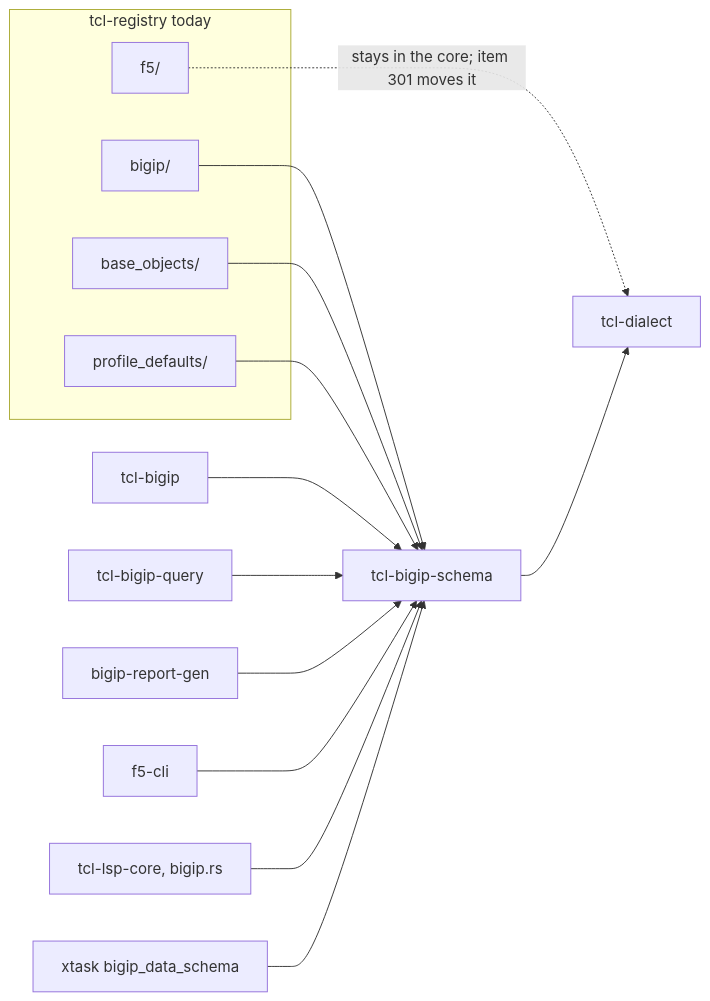
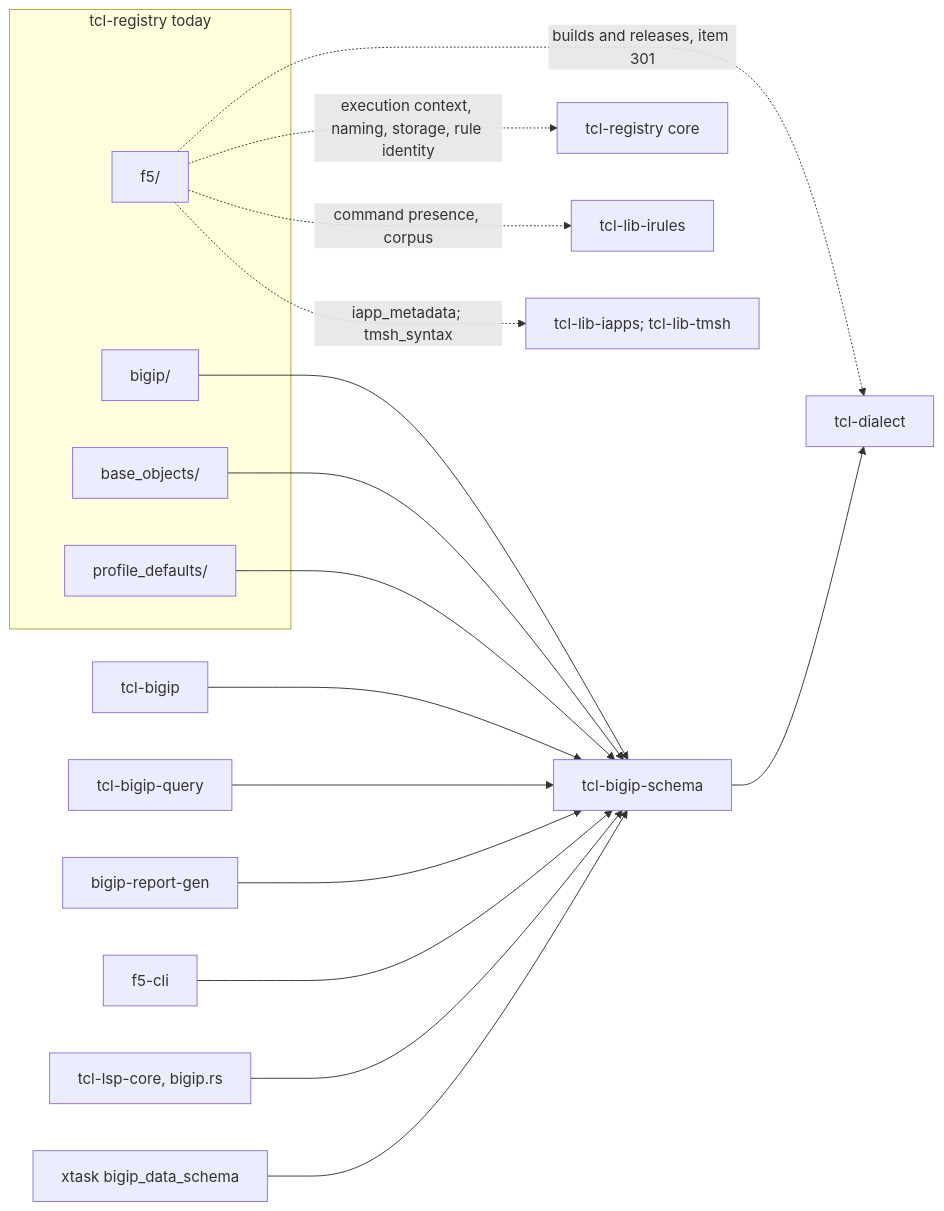
The first of 2 diagrams in docs/design/registry/registry-split/118-bigip-schema.md (bitwisecook/tcl-lsp), drawn with Mermaid before and after one commit. The commit also changed other lines of this file and 15 other files, not shown here.

````diff
--- a/docs/design/registry/registry-split/118-bigip-schema.md
+++ b/docs/design/registry/registry-split/118-bigip-schema.md
@@ -101,20 +103,23 @@
 ```mermaid
 flowchart LR
   subgraph registry["tcl-registry today"]
     bigip["bigip/"]
     base["base_objects/"]
     defaults["profile_defaults/"]
     f5["f5/"]
   end
   bigip --> schema["tcl-bigip-schema"]
   base --> schema
   defaults --> schema
-  f5 -. "stays in the core; item 301 moves it" .-> tclDialect["tcl-dialect"]
+  f5 -. "builds and releases, item 301" .-> tclDialect["tcl-dialect"]
+  f5 -. "execution context, naming, storage, rule identity" .-> core["tcl-registry core"]
+  f5 -. "command presence, corpus" .-> libIrules["tcl-lib-irules"]
+  f5 -. "iapp_metadata; tmsh_syntax" .-> libIapps["tcl-lib-iapps; tcl-lib-tmsh"]
   tclBigip["tcl-bigip"] --> schema
   query["tcl-bigip-query"] --> schema
   report["bigip-report-gen"] --> schema
   cli["f5-cli"] --> schema
   lsp["tcl-lsp-core, bigip.rs"] --> schema
   xtask["xtask bigip_data_schema"] --> schema
   schema --> tclDialect
 ```
````
